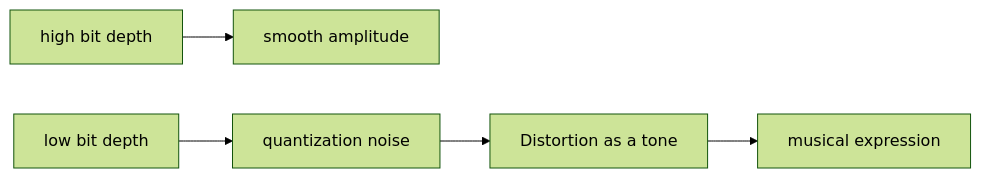
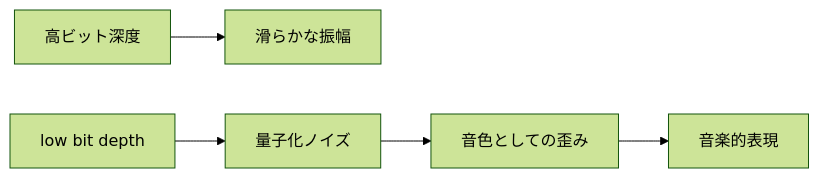
One commit to monumental-movement/monumental-movement.github.io changed the second of 2 diagrams in en/_posts/2026-01-16-column-bit-crush-low-bit.md. Above: the diagram before and after it, drawn with Mermaid (forest theme). The commit also changed other lines of this file and 497 other files, not shown here.

```diff
--- a/en/_posts/2026-01-16-column-bit-crush-low-bit.md
+++ b/en/_posts/2026-01-16-column-bit-crush-low-bit.md
@@ -218,7 +218,7 @@
 <div class="mermaid">
 flowchart LR
-    A[high bit depth] --> B[smooth amplitude]
-    C[low bit depth] --> D[quantization noise]
-    D --> E[Distortion as a tone]
-    E --> F[musical expression]
+    A[高ビット深度] --> B[滑らかな振幅]
+    C[low bit depth] --> D[量子化ノイズ]
+    D --> E[音色としての歪み]
+    E --> F[音楽的表現]
 </div>
```
